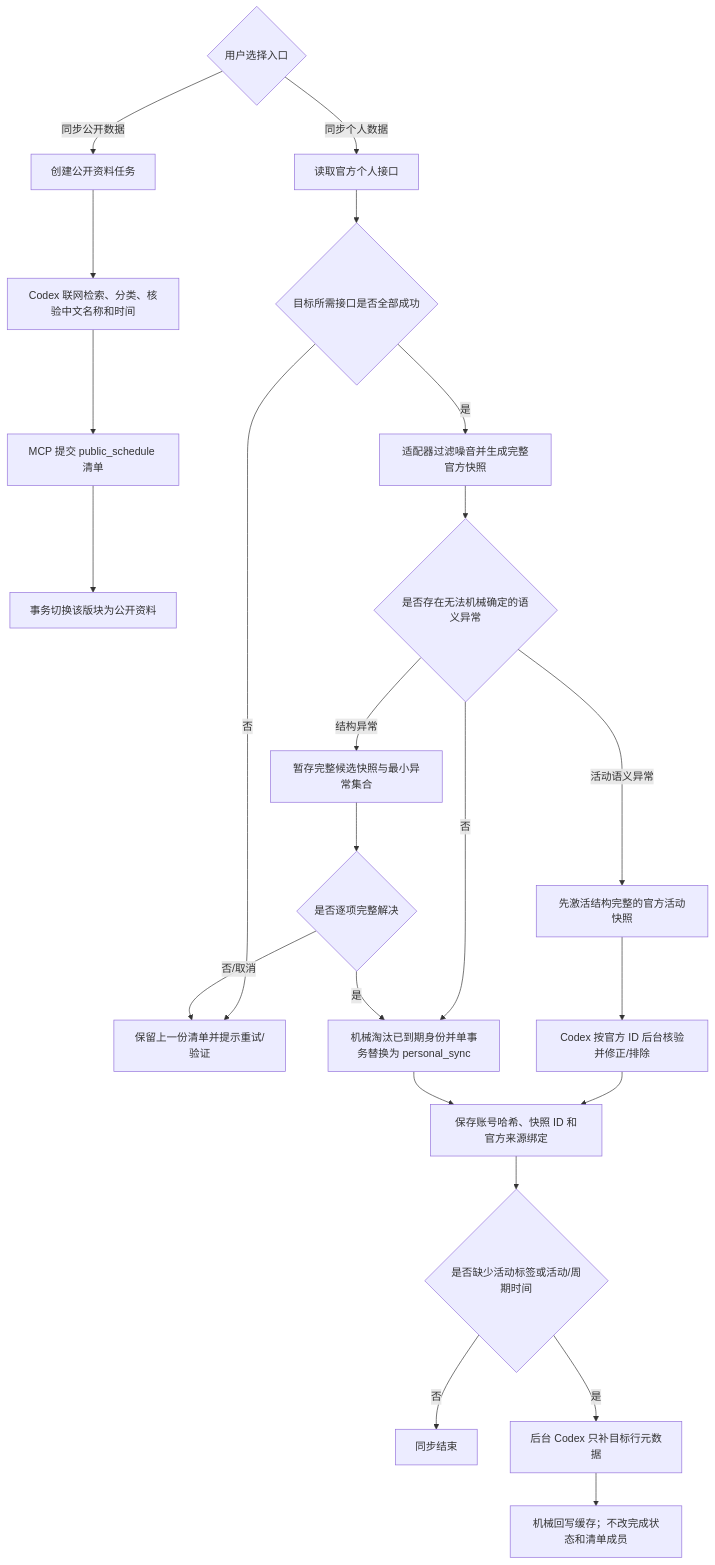
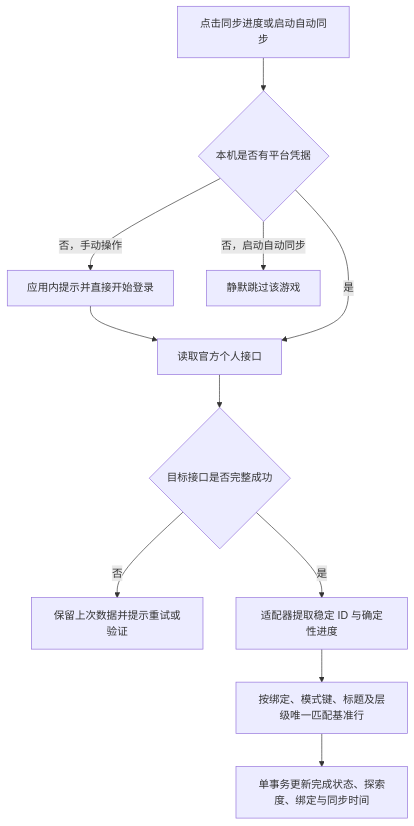
Before and after one commit to BaiQue3rL/Gtask: the diagram in docs/sync-architecture-redesign.md, drawn with Mermaid. The commit also changed other lines of this file and 70 other files, not shown here.

````diff
--- a/docs/sync-architecture-redesign.md
+++ b/docs/sync-architecture-redesign.md
@@ -28,27 +31,13 @@
 ```mermaid
 flowchart TD
-    U{"用户选择入口"}
-    U -->|同步公开数据| P1["创建公开资料任务"]
-    P1 --> P2["Codex 联网检索、分类、核验中文名称和时间"]
-    P2 --> P3["MCP 提交 public_schedule 清单"]
-    P3 --> P4["事务切换该版块为公开资料"]
-
-    U -->|同步个人数据| A1["读取官方个人接口"]
-    A1 --> A2{"目标所需接口是否全部成功"}
-    A2 -->|否| K["保留上一份清单并提示重试/验证"]
-    A2 -->|是| A3["适配器过滤噪音并生成完整官方快照"]
-    A3 --> A4{"是否存在无法机械确定的语义异常"}
-    A4 -->|否| A5["机械淘汰已到期身份并单事务替换为 personal_sync"]
-    A4 -->|活动语义异常| R0["先激活结构完整的官方活动快照"]
-    R0 --> R2["Codex 按官方 ID 后台核验并修正/排除"]
-    R2 --> A6
-    A4 -->|结构异常| R1["暂存完整候选快照与最小异常集合"]
-    R1 --> R3{"是否逐项完整解决"}
-    R3 -->|否/取消| K
-    R3 -->|是| A5
-    A5 --> A6["保存账号哈希、快照 ID 和官方来源绑定"]
-    A6 --> A7{"是否缺少活动标签或活动/周期时间"}
-    A7 -->|否| A8["同步结束"]
-    A7 -->|是| A9["后台 Codex 只补目标行元数据"]
-    A9 --> A10["机械回写缓存；不改完成状态和清单成员"]
+    U["点击同步进度或启动自动同步"] --> C{"本机是否有平台凭据"}
+    C -->|否，手动操作| L["应用内提示并直接开始登录"]
+    C -->|否，启动自动同步| S["静默跳过该游戏"]
+    L --> A["读取官方个人接口"]
+    C -->|是| A
+    A --> V{"目标接口是否完整成功"}
+    V -->|否| K["保留上次数据并提示重试或验证"]
+    V -->|是| N["适配器提取稳定 ID 与确定性进度"]
+    N --> M["按绑定、模式键、标题及层级唯一匹配基准行"]
+    M --> W["单事务更新完成状态、探索度、绑定与同步时间"]
 ```
````
